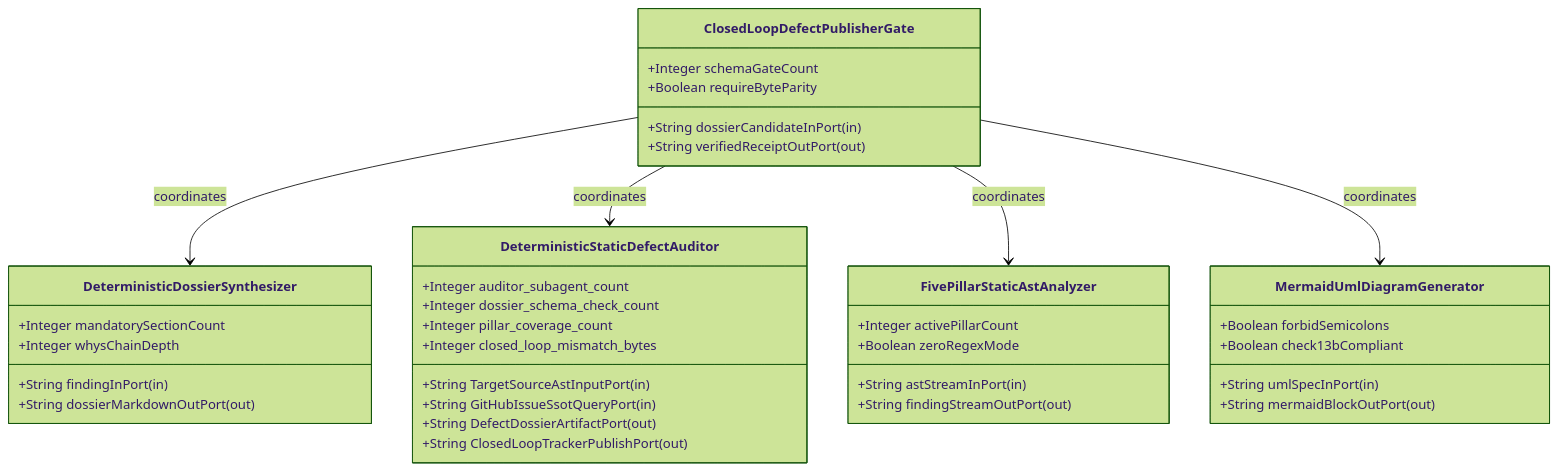
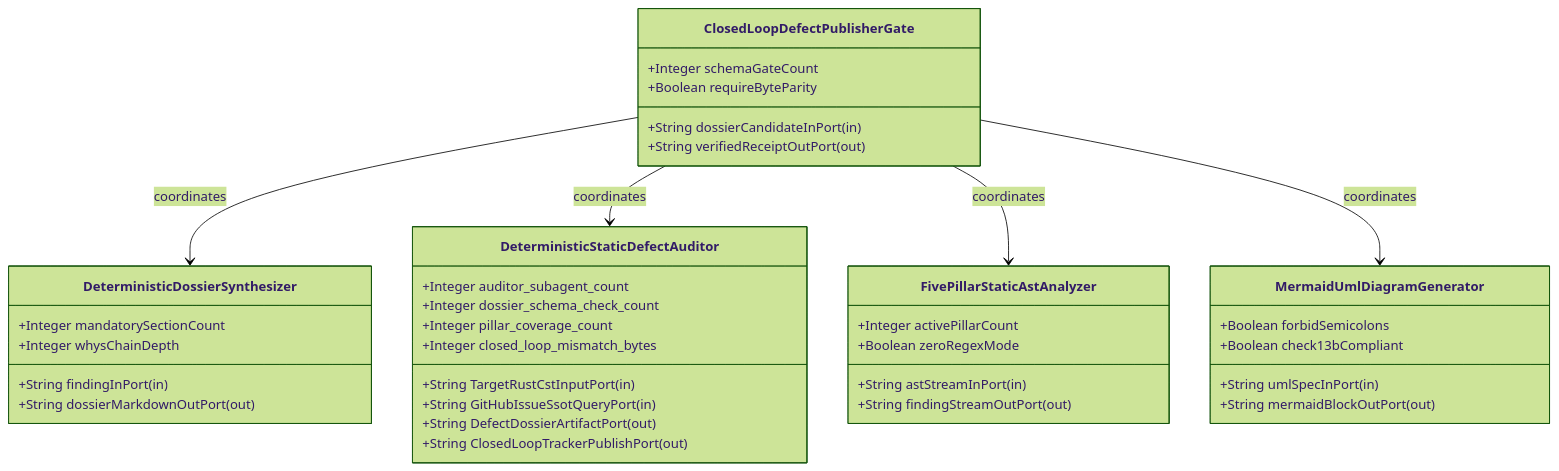
One commit to gintatkinson/DEAP01-spec-core changed the first of 2 diagrams in .pipeline/upstream/docs/epics/EPIC-06-BP_06_Deterministic_Static_5_Pillar_Code_Auditor_and_Defect_Dossier_Synthesizer_Blueprint.md. Above: the diagram before and after it, drawn with Mermaid (forest theme). The commit also changed other lines of this file and 196 other files, not shown here.

````diff
--- a/.pipeline/upstream/docs/epics/EPIC-06-BP_06_Deterministic_Static_5_Pillar_Code_Auditor_and_Defect_Dossier_Synthesizer_Blueprint.md
+++ b/.pipeline/upstream/docs/epics/EPIC-06-BP_06_Deterministic_Static_5_Pillar_Code_Auditor_and_Defect_Dossier_Synthesizer_Blueprint.md
@@ -60,41 +60,41 @@
 ```mermaid
 classDiagram
     class ClosedLoopDefectPublisherGate {
         +String dossierCandidateInPort (in)
         +String verifiedReceiptOutPort (out)
         +Integer schemaGateCount
         +Boolean requireByteParity
     }
     class DeterministicDossierSynthesizer {
         +String findingInPort (in)
         +String dossierMarkdownOutPort (out)
         +Integer mandatorySectionCount
         +Integer whysChainDepth
     }
     class DeterministicStaticDefectAuditor {
-        +String TargetSourceAstInputPort (in)
+        +String TargetRustCstInputPort (in)
         +String GitHubIssueSsotQueryPort (in)
         +String DefectDossierArtifactPort (out)
         +String ClosedLoopTrackerPublishPort (out)
         +Integer auditor_subagent_count
         +Integer dossier_schema_check_count
         +Integer pillar_coverage_count
         +Integer closed_loop_mismatch_bytes
     }
     class FivePillarStaticAstAnalyzer {
         +String astStreamInPort (in)
         +String findingStreamOutPort (out)
         +Integer activePillarCount
         +Boolean zeroRegexMode
     }
     class MermaidUmlDiagramGenerator {
         +String umlSpecInPort (in)
         +String mermaidBlockOutPort (out)
         +Boolean forbidSemicolons
         +Boolean check13bCompliant
     }
     ClosedLoopDefectPublisherGate --> DeterministicDossierSynthesizer : coordinates
     ClosedLoopDefectPublisherGate --> DeterministicStaticDefectAuditor : coordinates
     ClosedLoopDefectPublisherGate --> FivePillarStaticAstAnalyzer : coordinates
     ClosedLoopDefectPublisherGate --> MermaidUmlDiagramGenerator : coordinates
 ```
````
